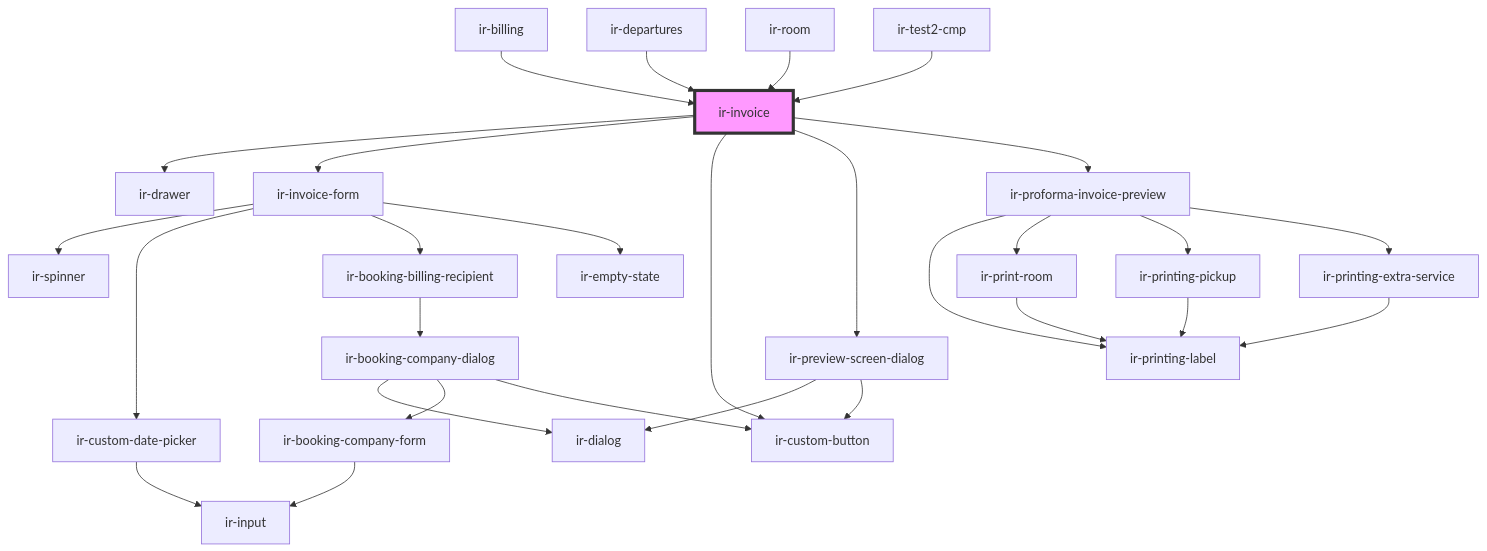
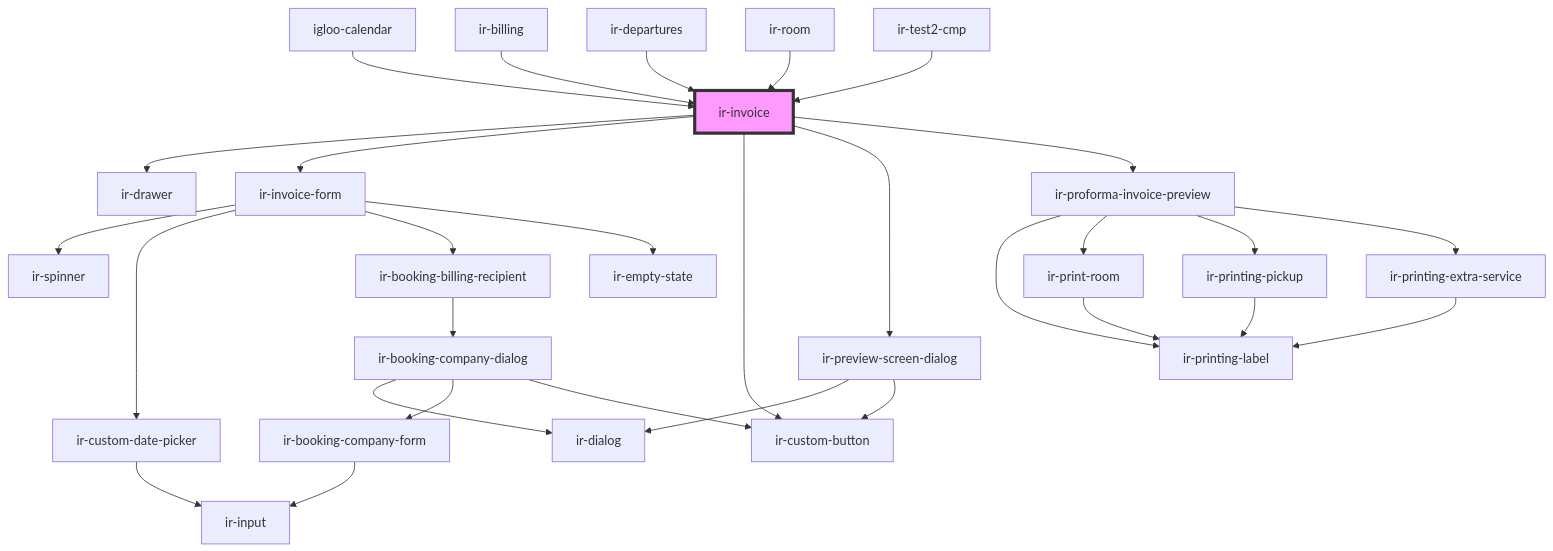
One commit to David1Chowaifaty/modified-ir-webcmp changed the diagram in src/components/ir-invoice/readme.md. Above: the diagram before and after it, drawn with Mermaid. The commit also changed other lines of this file and 11 other files, not shown here.

First line of the commit message:
Enhance igloo-calendar functionality for check-in and sidebar interactions

````diff
--- a/src/components/ir-invoice/readme.md
+++ b/src/components/ir-invoice/readme.md
@@ -80,32 +81,33 @@
 ```mermaid
 graph TD;
   ir-invoice --> ir-drawer
   ir-invoice --> ir-invoice-form
   ir-invoice --> ir-custom-button
   ir-invoice --> ir-preview-screen-dialog
   ir-invoice --> ir-proforma-invoice-preview
   ir-invoice-form --> ir-spinner
   ir-invoice-form --> ir-custom-date-picker
   ir-invoice-form --> ir-booking-billing-recipient
   ir-invoice-form --> ir-empty-state
   ir-custom-date-picker --> ir-input
   ir-booking-billing-recipient --> ir-booking-company-dialog
   ir-booking-company-dialog --> ir-dialog
   ir-booking-company-dialog --> ir-booking-company-form
   ir-booking-company-dialog --> ir-custom-button
   ir-booking-company-form --> ir-input
   ir-preview-screen-dialog --> ir-dialog
   ir-preview-screen-dialog --> ir-custom-button
   ir-proforma-invoice-preview --> ir-printing-label
   ir-proforma-invoice-preview --> ir-print-room
   ir-proforma-invoice-preview --> ir-printing-pickup
   ir-proforma-invoice-preview --> ir-printing-extra-service
   ir-print-room --> ir-printing-label
   ir-printing-pickup --> ir-printing-label
   ir-printing-extra-service --> ir-printing-label
+  igloo-calendar --> ir-invoice
   ir-billing --> ir-invoice
   ir-departures --> ir-invoice
   ir-room --> ir-invoice
   ir-test2-cmp --> ir-invoice
   style ir-invoice fill:#f9f,stroke:#333,stroke-width:4px
 ```
````
